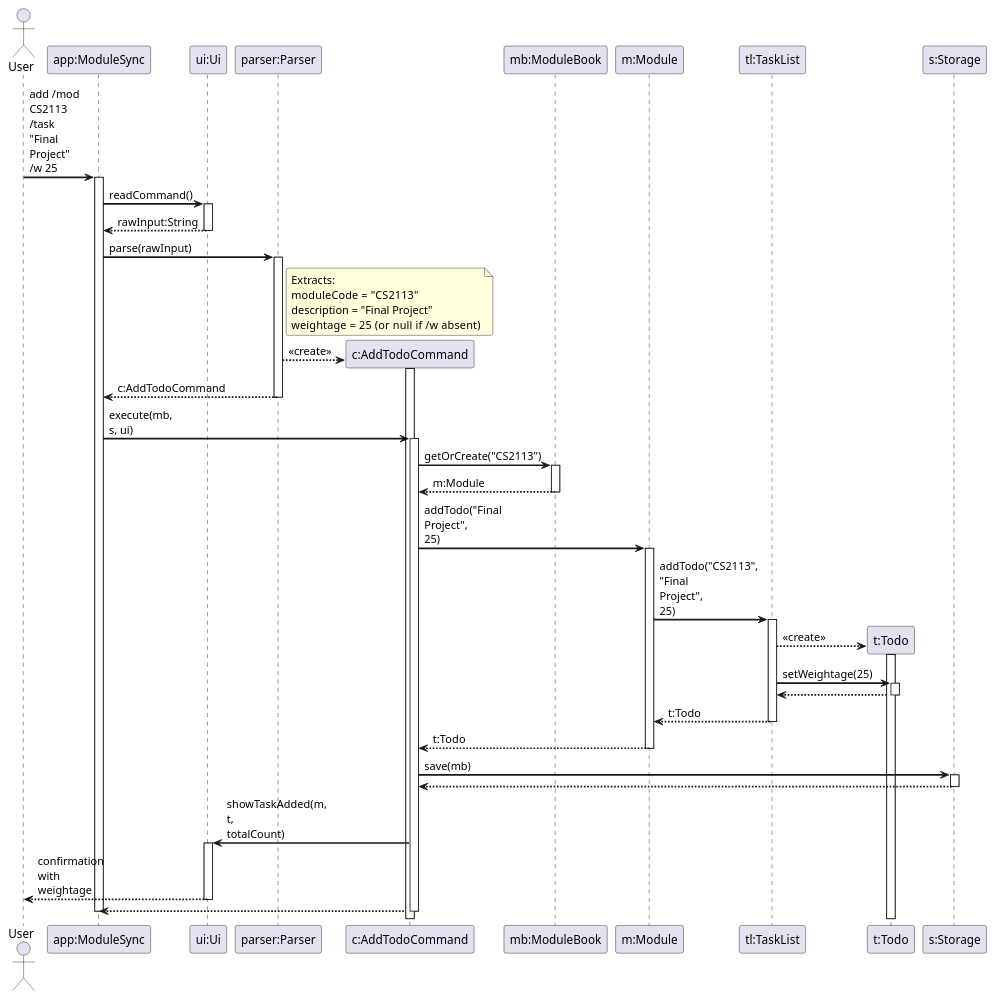
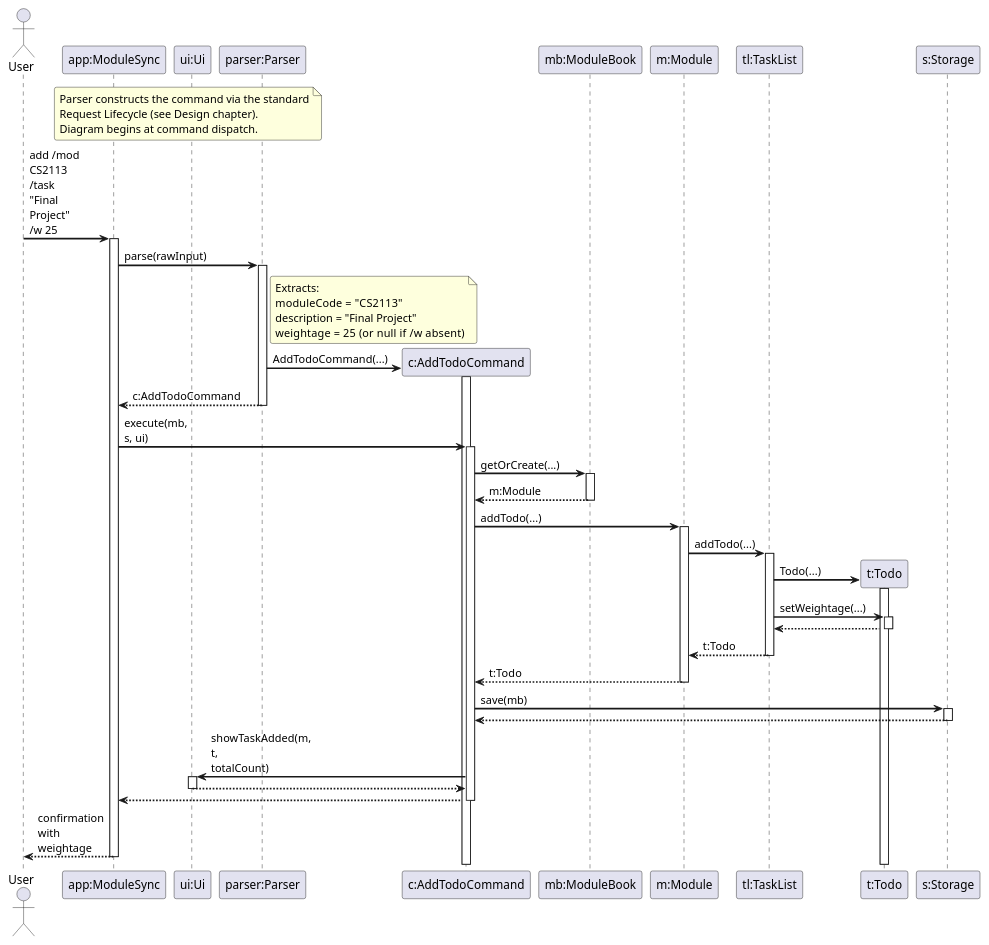
One commit to heeelol/tp changed the diagram in docs/diagrams/AddWeightageSequenceDiagram.puml. Above: the diagram before and after it, drawn with PlantUML. The commit also changed 28 other files, not shown here.

Commit message:
Revamp DG to remove redundant, repetitive diagrams subsumed into CommandArchitecture and rewrite implementation; and create SemesterLifecycle

```diff
--- a/docs/diagrams/AddWeightageSequenceDiagram.puml
+++ b/docs/diagrams/AddWeightageSequenceDiagram.puml
@@ -1,89 +1,91 @@
 @startuml AddWeightageSequenceDiagram
 
 skinparam sequenceArrowThickness 2
 skinparam roundcorner 5
 skinparam maxmessagesize 60
 
 Actor User as user
 Participant "app:ModuleSync" as app
 Participant "ui:Ui" as ui
 Participant "parser:Parser" as parser
 Participant "c:AddTodoCommand" as addCommand
 Participant "mb:ModuleBook" as moduleBook
 Participant "m:Module" as module
 Participant "tl:TaskList" as taskList
 Participant "t:Todo" as todo
 Participant "s:Storage" as storage
 
+note over app, parser
+  Parser constructs the command via the standard
+  Request Lifecycle (see Design chapter).
+  Diagram begins at command dispatch.
+end note
+
 user -> app : add /mod CS2113 /task "Final Project" /w 25
 activate app
-
-app -> ui : readCommand()
-activate ui
-ui --> app : rawInput:String
-deactivate ui
 
 app -> parser : parse(rawInput)
 activate parser
 
 note right of parser
   Extracts:
   moduleCode  = "CS2113"
   description = "Final Project"
   weightage   = 25 (or null if /w absent)
 end note
 
 create addCommand
-parser --> addCommand : <<create>>
+parser -> addCommand : AddTodoCommand(...)
 activate addCommand
 deactivate addCommand
 
 parser --> app : c:AddTodoCommand
 deactivate parser
 
 app -> addCommand : execute(mb, s, ui)
 activate addCommand
 
-addCommand -> moduleBook : getOrCreate("CS2113")
+addCommand -> moduleBook : getOrCreate(...)
 activate moduleBook
 moduleBook --> addCommand : m:Module
 deactivate moduleBook
 
-addCommand -> module : addTodo("Final Project", 25)
+addCommand -> module : addTodo(...)
 activate module
 
-module -> taskList : addTodo("CS2113", "Final Project", 25)
+module -> taskList : addTodo(...)
 activate taskList
 
 create todo
-taskList --> todo : <<create>>
+taskList -> todo : Todo(...)
 activate todo
 deactivate todo
 
-taskList -> todo : setWeightage(25)
+taskList -> todo : setWeightage(...)
 activate todo
 todo --> taskList
 deactivate todo
 
 taskList --> module : t:Todo
 deactivate taskList
 
 module --> addCommand : t:Todo
 deactivate module
 
 addCommand -> storage : save(mb)
 activate storage
 storage --> addCommand
 deactivate storage
 
 addCommand -> ui : showTaskAdded(m, t, totalCount)
 activate ui
-ui --> user : confirmation with weightage
+ui --> addCommand
 deactivate ui
 
 addCommand --> app
 deactivate addCommand
 
+app --> user : confirmation with weightage
 deactivate app
 
 @enduml
```
